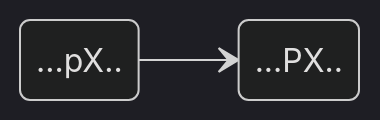
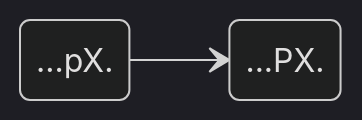
One commit to CERTCC/Vultron changed the fourth of 5 diagrams in docs/process_models/cs/cs_model.md. Above: the diagram before and after it, drawn with Mermaid (dark theme). The commit also changed other lines of this file, not shown here.

````diff
--- a/docs/process_models/cs/cs_model.md
+++ b/docs/process_models/cs/cs_model.md
@@ -224,7 +223,7 @@
 ```mermaid
 stateDiagram-v2
     direction LR
-    pX: ...pX..
-    PX: ...PX..
+    pX: ...pX.
+    PX: ...PX.
     pX --> PX
 ```
````
